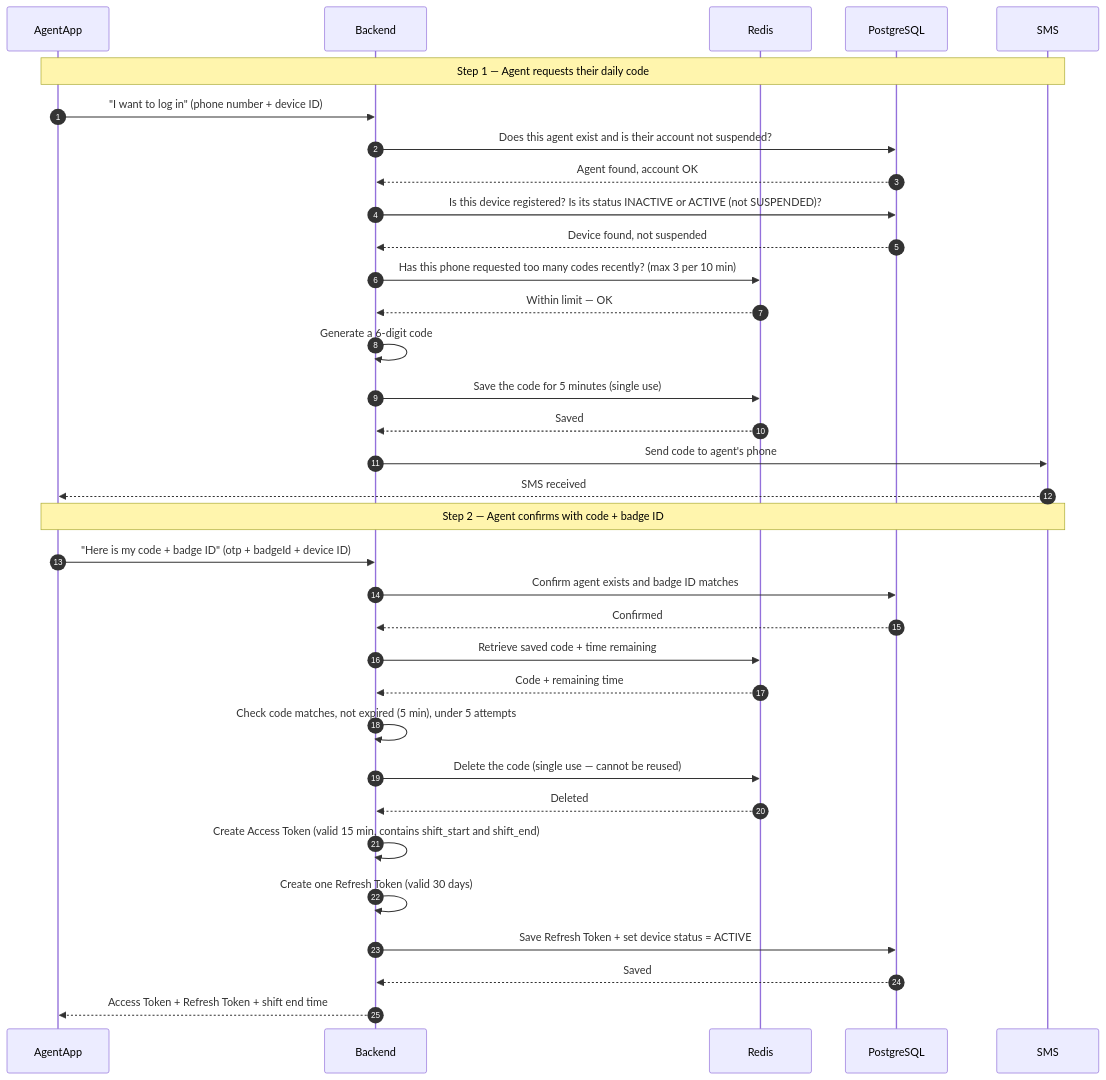
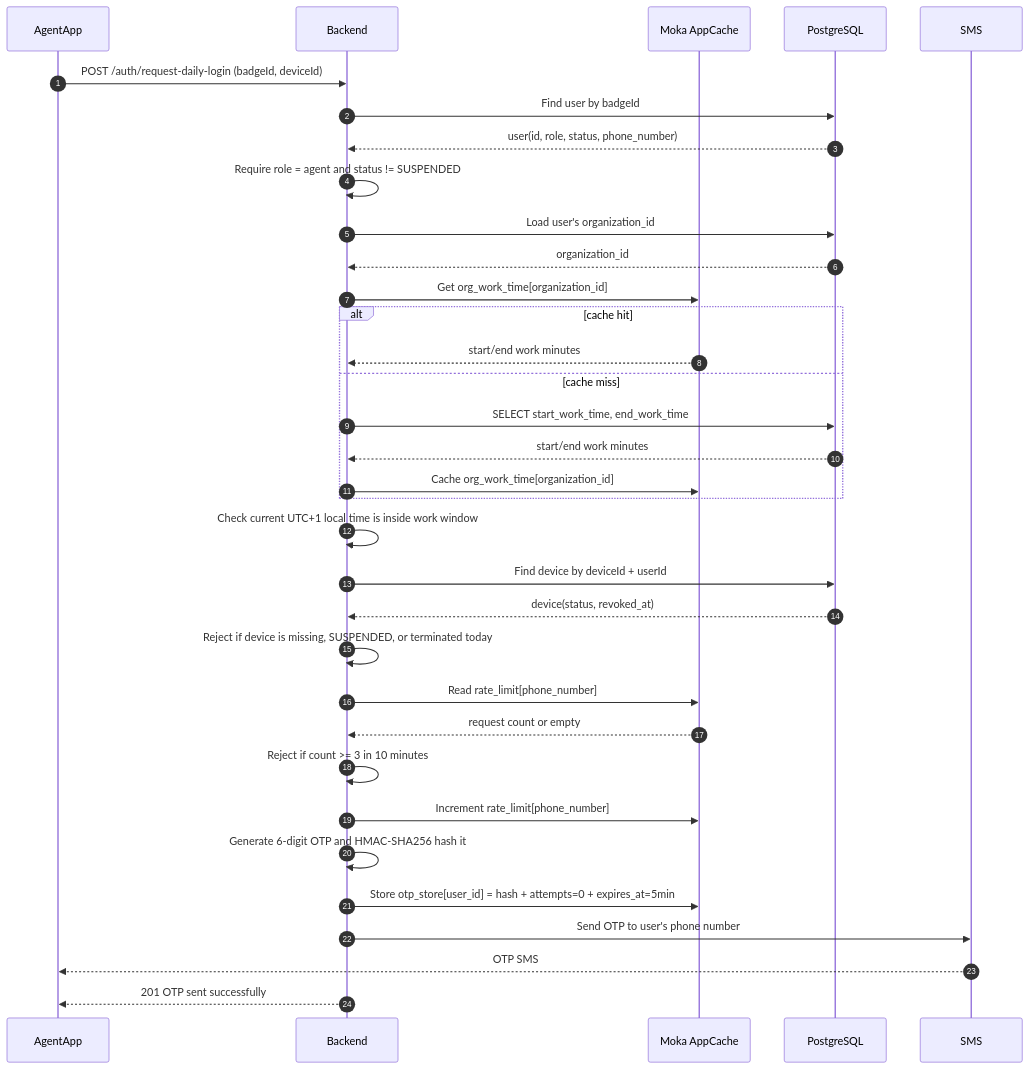
One commit to skyengpro/iviss changed the first of 6 diagrams in docs/daily_opertational_login_flow.md. Above: the diagram before and after it, drawn with Mermaid. The commit also changed other lines of this file and 13 other files, not shown here.

````diff
--- a/docs/daily_opertational_login_flow.md
+++ b/docs/daily_opertational_login_flow.md
@@ -50,40 +70,42 @@
 ```mermaid
 sequenceDiagram
     autonumber
     participant AgentApp
     participant Backend
-    participant Redis
+    participant Moka as Moka AppCache
     participant PostgreSQL
     participant SMS
 
-    note over AgentApp,SMS: Step 1 — Agent requests their daily code
+    AgentApp->>Backend: POST /auth/request-daily-login (badgeId, deviceId)
+    Backend->>PostgreSQL: Find user by badgeId
+    PostgreSQL-->>Backend: user(id, role, status, phone_number)
 
-    AgentApp->>Backend: "I want to log in" (phone number + device ID)
-    Backend->>PostgreSQL: Does this agent exist and is their account not suspended?
-    PostgreSQL-->>Backend: Agent found, account OK
-    Backend->>PostgreSQL: Is this device registered? Is its status INACTIVE or ACTIVE (not SUSPENDED)?
-    PostgreSQL-->>Backend: Device found, not suspended
-    Backend->>Redis: Has this phone requested too many codes recently? (max 3 per 10 min)
-    Redis-->>Backend: Within limit — OK
-    Backend->>Backend: Generate a 6-digit code
-    Backend->>Redis: Save the code for 5 minutes (single use)
-    Redis-->>Backend: Saved
-    Backend->>SMS: Send code to agent's phone
-    SMS-->>AgentApp: SMS received
+    Backend->>Backend: Require role = agent and status != SUSPENDED
+    Backend->>PostgreSQL: Load user's organization_id
+    PostgreSQL-->>Backend: organization_id
 
-    note over AgentApp,SMS: Step 2 — Agent confirms with code + badge ID
+    Backend->>Moka: Get org_work_time[organization_id]
+    alt cache hit
+        Moka-->>Backend: start/end work minutes
+    else cache miss
+        Backend->>PostgreSQL: SELECT start_work_time, end_work_time
+        PostgreSQL-->>Backend: start/end work minutes
+        Backend->>Moka: Cache org_work_time[organization_id]
+    end
 
-    AgentApp->>Backend: "Here is my code + badge ID" (otp + badgeId + device ID)
-    Backend->>PostgreSQL: Confirm agent exists and badge ID matches
-    PostgreSQL-->>Backend: Confirmed
-    Backend->>Redis: Retrieve saved code + time remaining
-    Redis-->>Backend: Code + remaining time
-    Backend->>Backend: Check code matches, not expired (5 min), under 5 attempts
-    Backend->>Redis: Delete the code (single use — cannot be reused)
-    Redis-->>Backend: Deleted
-    Backend->>Backend: Create Access Token (valid 15 min, contains shift_start and shift_end)
-    Backend->>Backend: Create one Refresh Token (valid 30 days)
-    Backend->>PostgreSQL: Save Refresh Token + set device status = ACTIVE
-    PostgreSQL-->>Backend: Saved
-    Backend-->>AgentApp: Access Token + Refresh Token + shift end time
+    Backend->>Backend: Check current UTC+1 local time is inside work window
+    Backend->>PostgreSQL: Find device by deviceId + userId
+    PostgreSQL-->>Backend: device(status, revoked_at)
+    Backend->>Backend: Reject if device is missing, SUSPENDED, or terminated today
+
+    Backend->>Moka: Read rate_limit[phone_number]
+    Moka-->>Backend: request count or empty
+    Backend->>Backend: Reject if count >= 3 in 10 minutes
+    Backend->>Moka: Increment rate_limit[phone_number]
+
+    Backend->>Backend: Generate 6-digit OTP and HMAC-SHA256 hash it
+    Backend->>Moka: Store otp_store[user_id] = hash + attempts=0 + expires_at=5min
+    Backend->>SMS: Send OTP to user's phone number
+    SMS-->>AgentApp: OTP SMS
+    Backend-->>AgentApp: 201 OTP sent successfully
 ```
````
